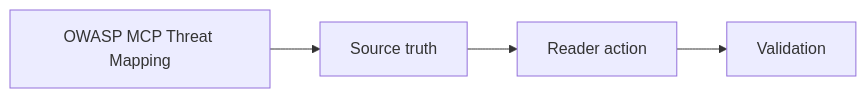
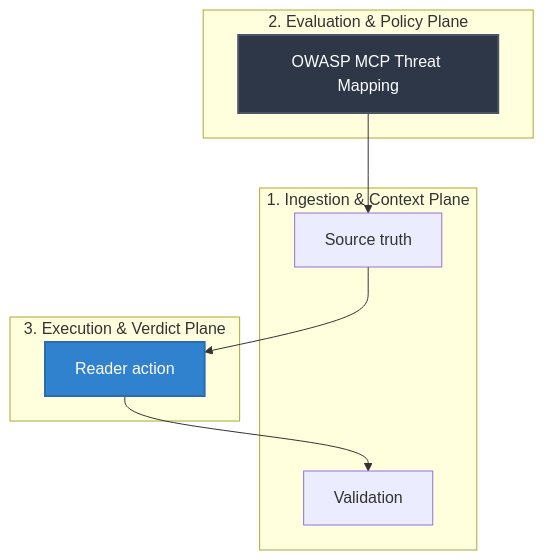
One commit to Mindburn-Labs/helm-ai-kernel changed the diagram in docs/OWASP_MCP_THREAT_MAPPING.md. Above: the diagram before and after it, drawn with Mermaid. The commit also changed other lines of this file and 330 other files, not shown here.

````diff
--- a/docs/OWASP_MCP_THREAT_MAPPING.md
+++ b/docs/OWASP_MCP_THREAT_MAPPING.md
@@ -37,10 +37,24 @@
 ```mermaid
-flowchart LR
-  Page["OWASP MCP Threat Mapping"]
-  A["Source truth"]
-  B["Reader action"]
-  C["Validation"]
-  Page --> A
-  A --> B
-  B --> C
+flowchart TD
+    subgraph Ingestion["1. Ingestion & Context Plane"]
+        A["Source truth"]
+        C["Validation"]
+    end
+
+    subgraph Evaluation["2. Evaluation & Policy Plane"]
+        Page["OWASP MCP Threat Mapping"]
+    end
+
+    subgraph Execution["3. Execution & Verdict Plane"]
+        B["Reader action"]
+    end
+
+    %% Operational Flow Edges
+    Page --> A
+    A --> B
+    B --> C
+
+    %% Premium Styling Rules
+    style Page fill:#2d3748,stroke:#4a5568,stroke-width:2px,color:#fff
+    style B fill:#3182ce,stroke:#2b6cb0,stroke-width:2px,color:#fff
 ```
````
